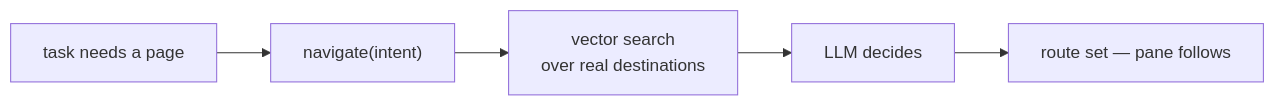
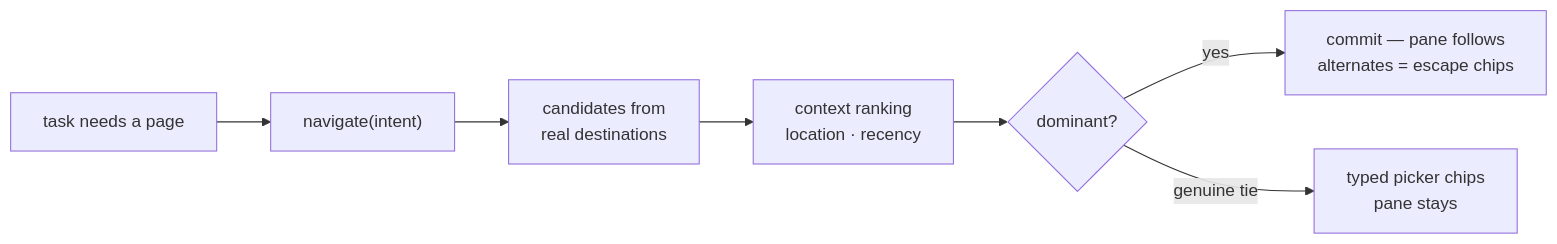
One commit to DanGiannone1/personal-assistant-agent-harness changed the diagram in docs/navigation-reference-architecture.md. Above: the diagram before and after it, drawn with Mermaid. The commit also changed other lines of this file, not shown here.

````diff
--- a/docs/navigation-reference-architecture.md
+++ b/docs/navigation-reference-architecture.md
@@ -31,7 +56,9 @@
 ```mermaid
 flowchart LR
     T["task needs a page"] --> N["navigate(intent)"]
-    N --> V["vector search<br/>over real destinations"]
-    V --> D["LLM decides"]
-    D --> GO["route set — pane follows"]
+    N --> V["candidates from<br/>real destinations"]
+    V --> R["context ranking<br/>location · recency"]
+    R --> D{"dominant?"}
+    D -->|yes| GO["commit — pane follows<br/>alternates = escape chips"]
+    D -->|genuine tie| P["typed picker chips<br/>pane stays"]
 ```
````
